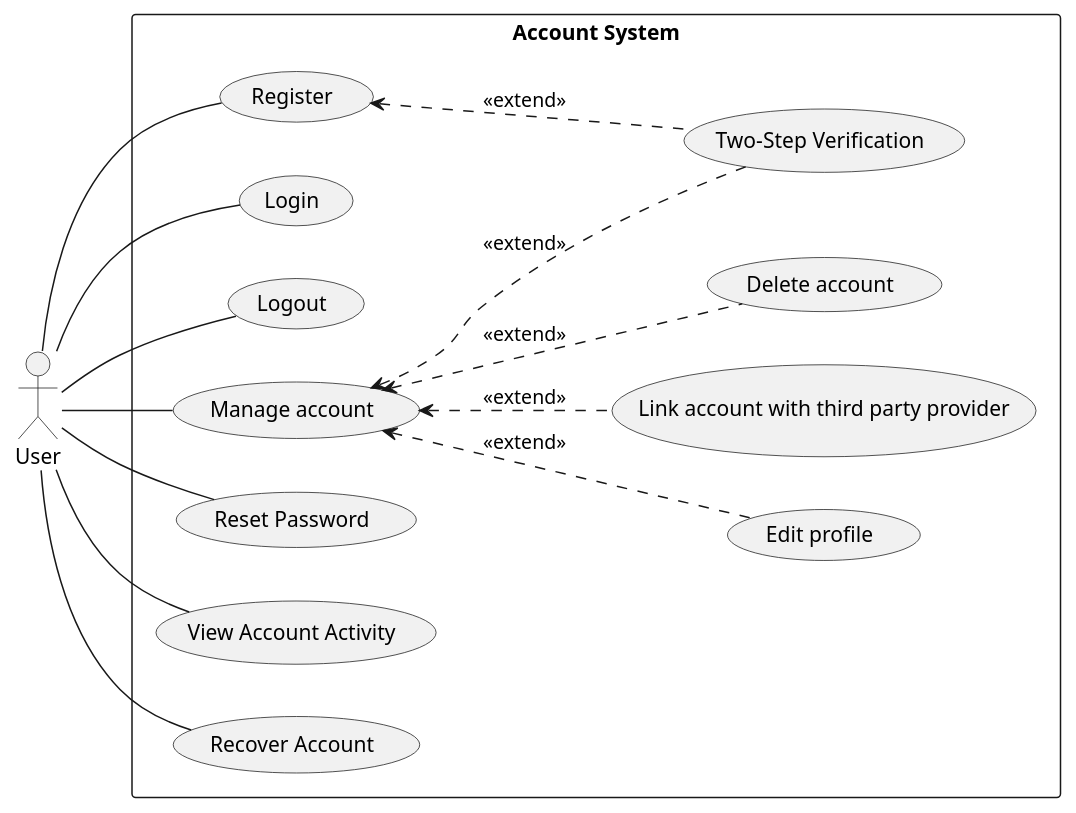
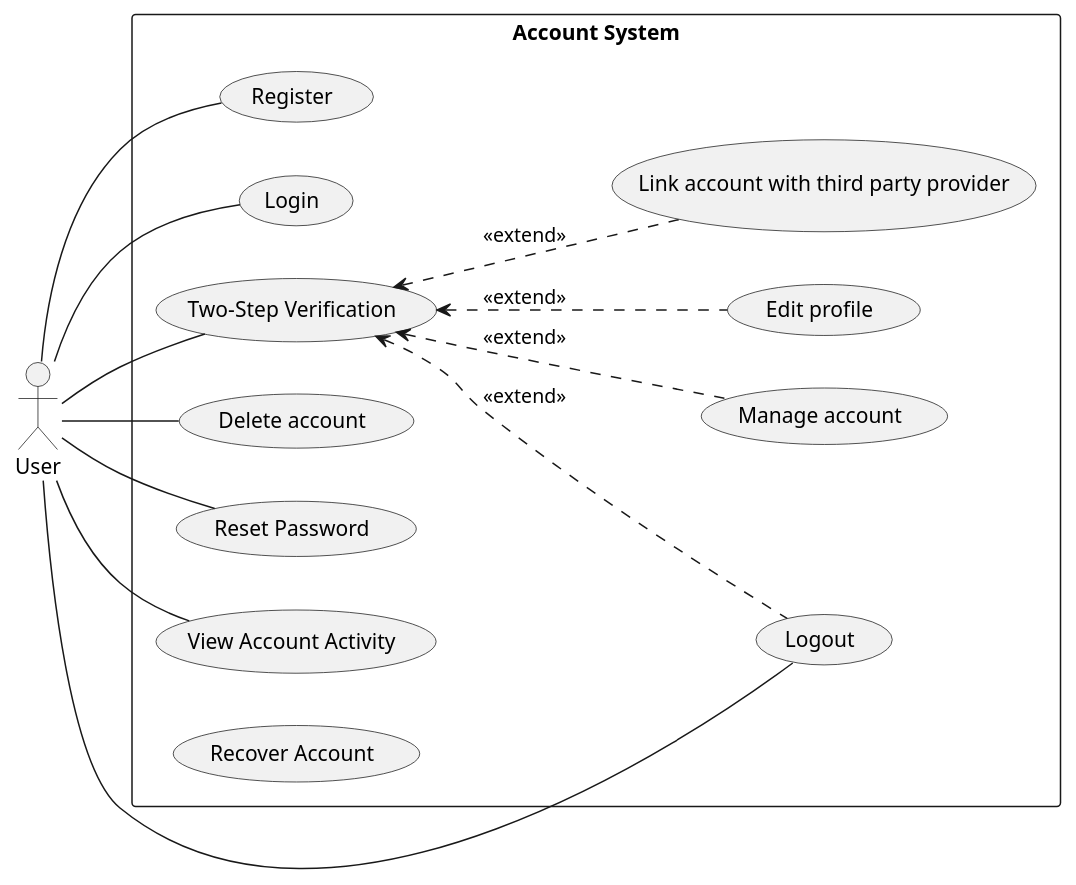
The second of 2 diagrams in docs/docs/usecase/user.md (electricilies/electricilies.github.io), drawn with PlantUML before and after one commit. The commit also changed other lines of this file and 98 other files, not shown here.

````diff
--- a/docs/docs/usecase/user.md
+++ b/docs/docs/usecase/user.md
@@ -69,36 +66,35 @@
 ```plantuml
 @startuml
 left to right direction
 
 actor User
 
 rectangle "Account System" {
   usecase UC01 as "Register"
   usecase UC02 as "Login"
   usecase UC03 as "Logout"
   usecase UC04 as "Two-Step Verification"
   usecase UC05 as "Manage account"
   usecase UC06 as "Edit profile"
   usecase UC07 as "Link account with third party provider"
   usecase UC08 as "Delete account"
   usecase UC09 as "Reset Password"
   usecase UC10 as "View Account Activity"
   usecase UC11 as "Recover Account"
 }
 
 User -- UC01
 User -- UC02
 User -- UC03
-User -- UC05
+User -- UC04
+User -- UC08
 User -- UC09
 User -- UC10
-User -- UC11
 
-UC01 <.. UC04 : <<extend>>
-UC05 <.. UC04 : <<extend>>
-UC05 <.. UC06 : <<extend>>
-UC05 <.. UC07 : <<extend>>
-UC05 <.. UC08 : <<extend>>
+UC04 <.. UC03 : <<extend>>
+UC04 <.. UC05 : <<extend>>
+UC04 <.. UC06 : <<extend>>
+UC04 <.. UC07 : <<extend>>
 
 @enduml
 ```
````
